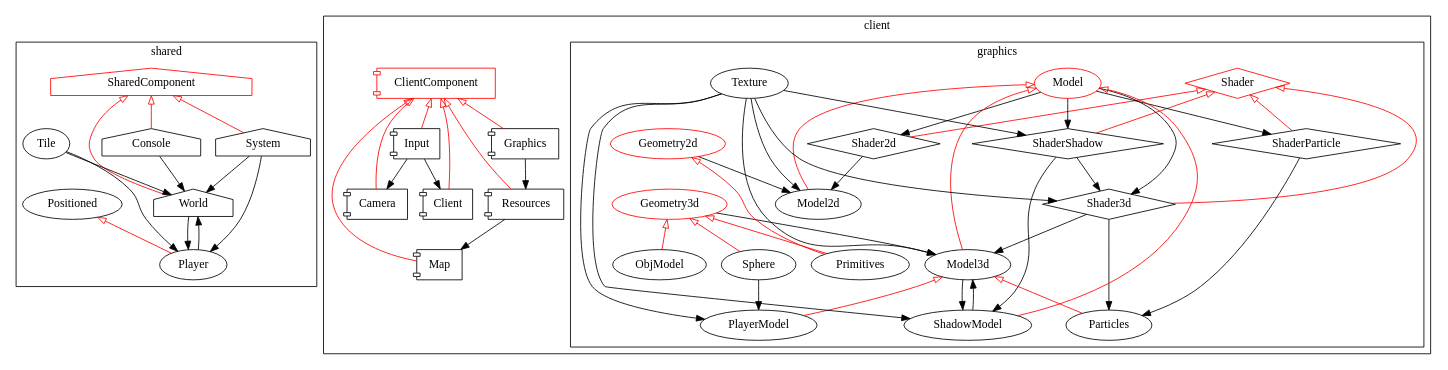
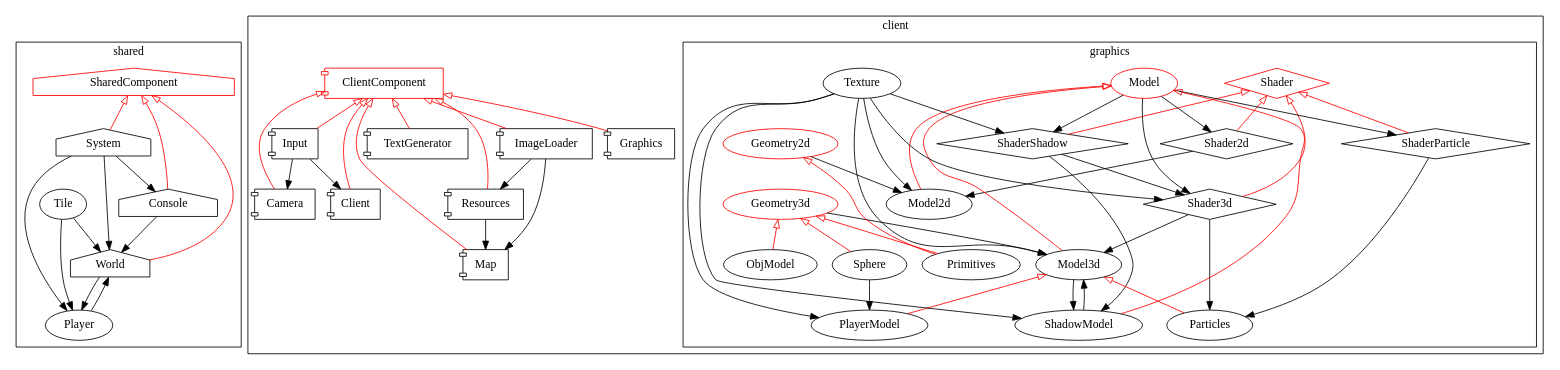
The diagram in graph.dot (AsGreyWolf/Teeworlds3d), drawn with Graphviz before and after one commit. The commit also changed 24 other files, not shown here.

Commit message:
Font texture generation and image loading as client-side components

```diff
--- a/graph.dot
+++ b/graph.dot
@@ -1,142 +1,149 @@
  digraph tee3d {
  	subgraph cluster_0 { 
  		label="shared"; 
  		SharedComponent [shape=house color=red];
  		Console [shape=house];
 	 	System [shape=house];
 	 	World [shape=house];
 	 	Tile;
-	 	Positioned;
 	 	Player;
 		SharedComponent->Console[color=red arrowhead=none arrowtail=empty dir=back];
 		SharedComponent->System[color=red arrowhead=none arrowtail=empty dir=back];
 		SharedComponent->World[color=red arrowhead=none arrowtail=empty dir=back];
-		Positioned->Player[color=red arrowhead=none arrowtail=empty dir=back];
 		World->Player;
 		System->Player;
 		Tile->Player;
 		Player->World;
 		Tile->World;
 		Console->World;
 		System->World;
+		System->Console;
  	}
  	subgraph cluster_1 { 
  		label="client"; 
 	 	ClientComponent [shape=component color=red];
 	 	Client [shape=component];
 	 	Graphics [shape=component];
 	 	Camera [shape=component];
 	 	Resources [shape=component];
 	 	Input [shape=component];
 	 	Map [shape=component];
+	 	TextGenerator [shape=component];
+	 	ImageLoader [shape=component];
 
 		ClientComponent->Camera[color=red arrowhead=none arrowtail=empty dir=back];
 		ClientComponent->Client[color=red arrowhead=none arrowtail=empty dir=back];
 		ClientComponent->Graphics[color=red arrowhead=none arrowtail=empty dir=back];
 		ClientComponent->Resources[color=red arrowhead=none arrowtail=empty dir=back];
 		ClientComponent->Input[color=red arrowhead=none arrowtail=empty dir=back];
 		ClientComponent->Map[color=red arrowhead=none arrowtail=empty dir=back];
-
-		Graphics->Resources;
+		ClientComponent->TextGenerator[color=red arrowhead=none arrowtail=empty dir=back];
+		ClientComponent->ImageLoader[color=red arrowhead=none arrowtail=empty dir=back];
 
 		Input->Client;
 		Input->Camera;
 
-		Resources->Map;
+		ImageLoader->Map;
+		ImageLoader->Resources->Map;
 
 	 	subgraph cluster_2 {
 	 		label="graphics"; 
 			Shader [shape=diamond color=red];
 			Shader3d [shape=diamond];
 			ShaderShadow [shape=diamond];
 			Shader2d [shape=diamond];
 			ShaderParticle [shape=diamond];
 			Model [color=red];
 			Geometry3d[color=red];
 			Geometry2d[color=red];
 			Model3d;
 			Model2d;
 			ShadowModel;
 			PlayerModel;
 			Particles;
 			ObjModel;
 			Primitives;
 			Sphere;
 			Texture;
 			Model->Model3d->PlayerModel[color=red arrowhead=none arrowtail=empty dir=back];
 			Model->ShadowModel[color=red arrowhead=none arrowtail=empty dir=back];
 			Model->Model2d[color=red arrowhead=none arrowtail=empty dir=back];
 			Shader->Shader3d[color=red arrowhead=none arrowtail=empty dir=back];
 			Shader->ShaderShadow[color=red arrowhead=none arrowtail=empty dir=back];
 			Shader->ShaderParticle[color=red arrowhead=none arrowtail=empty dir=back];
 			Shader->Shader2d[color=red arrowhead=none arrowtail=empty dir=back];
 			Geometry3d->ObjModel[color=red arrowhead=none arrowtail=empty dir=back];
 			Geometry3d->Primitives[color=red arrowhead=none arrowtail=empty dir=back];
 			Geometry3d->Sphere[color=red arrowhead=none arrowtail=empty dir=back];
 			Geometry2d->Primitives[color=red arrowhead=none arrowtail=empty dir=back];
 			Model3d->Particles[color=red arrowhead=none arrowtail=empty dir=back];
 
 			Shader3d->Model3d;
 			Texture->Model3d;
 			ShadowModel->Model3d;
 			Geometry3d->Model3d;
 			Shader2d->Model2d;
 			Texture->Model2d;
 			Geometry2d->Model2d;
 			Texture->PlayerModel;
 			Sphere->PlayerModel;
 			Model->Shader3d;
 			Texture->Shader3d;
 			ShaderShadow->Shader3d;
 			Model->Shader2d;
 			Texture->ShaderShadow;
 			Model->ShaderShadow;
 			Model->ShaderParticle;
 			Model3d->ShadowModel;
 			ShaderShadow->ShadowModel;
 			Texture->ShadowModel;
 			Shader3d->Particles;
 			ShaderParticle->Particles;
-	 	}/*
+	 	}
+	 	/*
 		Graphics->Model3d;
 		Graphics->Model2d;
 		Resources->PlayerModel;
 		Camera->Shader3d;
 		Graphics->Shader3d;
 		Graphics->Shader2d;
 		Shader->Graphics;
 		Camera->ShaderShadow;
 		Graphics->ShaderShadow;
 		Camera->ShaderParticle;
 		Graphics->ShaderParticle;
 
 		PlayerModel->Resources;
 		Texture->Resources;
 		Model3d->Resources;
 		Primitives->Resources;
 		ObjModel->Resources;
 		Model3d->Map;
 		PlayerModel->Map;
-		Primitives->Map;*/
- 	}/*
+		Primitives->Map;
+		Texture->TextGenerator;
+		Texture->ImageLoader;*/
+ 	}
+ 	/*
 	SharedComponent->ClientComponent[color=red arrowhead=none arrowtail=empty dir=back];
 	System->Camera;
 	Map->Client;
 	Console->Client;
 	Console->Graphics;
 	System->Resources;
 	World->Map;
 	Tile->Map;
-	Positioned->Camera[color=red arrowhead=none arrowtail=empty dir=back];
+	Console->TextGenerator;
+	System->TextGenerator;
+	Console->ImageLoader;
+	System->ImageLoader;
 	
 		Player->PlayerModel;
 		System->PlayerModel;
 		Console->Shader;
 		System->Shader;
 		System->Texture;
-		Console->Texture;
 		Graphics->Texture;
 		System->ObjModel;
-		Positioned->Model3d[color=red arrowhead=none arrowtail=empty dir=back];
 		*/
 }
```
